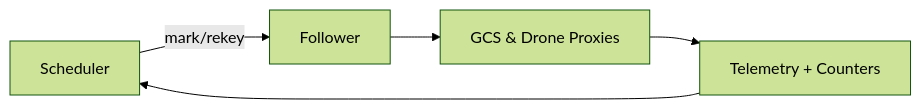
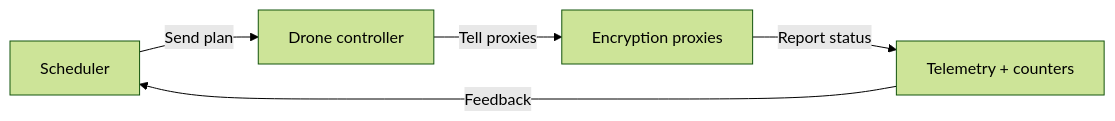
Diagram 12 of 16 in diagrames.md (Kamalbura/research), drawn with Mermaid (forest theme) before and after one commit. The commit also changed other lines of this file, not shown here.

````diff
--- a/diagrames.md
+++ b/diagrames.md
@@ -268,12 +404,12 @@
 ```mermaid
 flowchart LR
     Sched[Scheduler]
-    Follower[Follower]
-    Proxies[GCS & Drone Proxies]
-    Telemetry[Telemetry + Counters]
+    Follower[Drone controller]
+    Proxies[Encryption proxies]
+    Telemetry[Telemetry + counters]
 
-    Sched -->|mark/rekey| Follower
-    Follower --> Proxies
-    Proxies --> Telemetry
-    Telemetry --> Sched
+    Sched -->|Send plan| Follower
+    Follower -->|Tell proxies| Proxies
+    Proxies -->|Report status| Telemetry
+    Telemetry -->|Feedback| Sched
 ```
````
